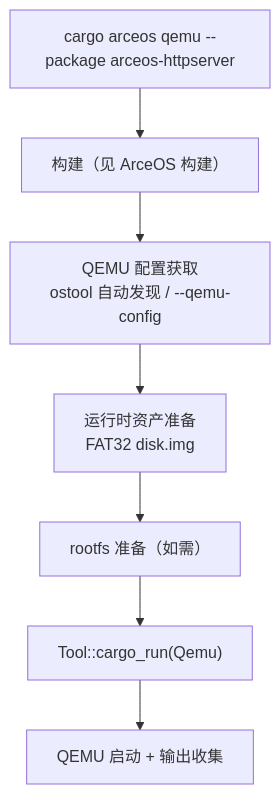
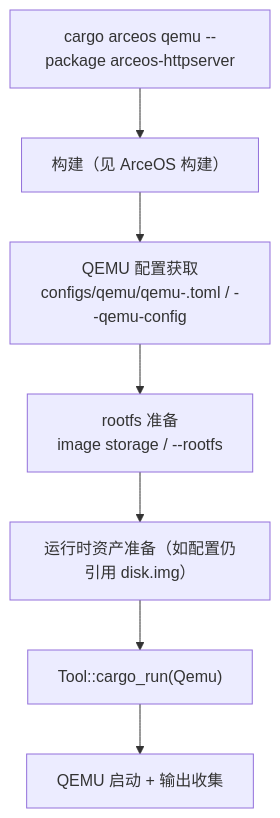
One commit to rcore-os/tgoskits changed the diagram in docs/docs/build/arceos/runtime.md. Above: the diagram before and after it, drawn with Mermaid. The commit also changed other lines of this file and 22 other files, not shown here.

Commit message:
feat(arceos): unify QEMU config layout with StarryOS and Axvisor

````diff
--- a/docs/docs/build/arceos/runtime.md
+++ b/docs/docs/build/arceos/runtime.md
@@ -20,9 +20,9 @@
 ```mermaid
 flowchart TD
     A["cargo arceos qemu --package arceos-httpserver"] --> B["构建（见 ArceOS 构建）"]
-    B --> C["QEMU 配置获取<br/>ostool 自动发现 / --qemu-config"]
-    C --> D["运行时资产准备<br/>FAT32 disk.img"]
-    D --> E["rootfs 准备（如需）"]
+    B --> C["QEMU 配置获取<br/>configs/qemu/qemu-<arch>.toml / --qemu-config"]
+    C --> D["rootfs 准备<br/>image storage / --rootfs"]
+    D --> E["运行时资产准备（如配置仍引用 disk.img）"]
     E --> F["Tool::cargo_run(Qemu)"]
     F --> G["QEMU 启动 + 输出收集"]
 ```
````
